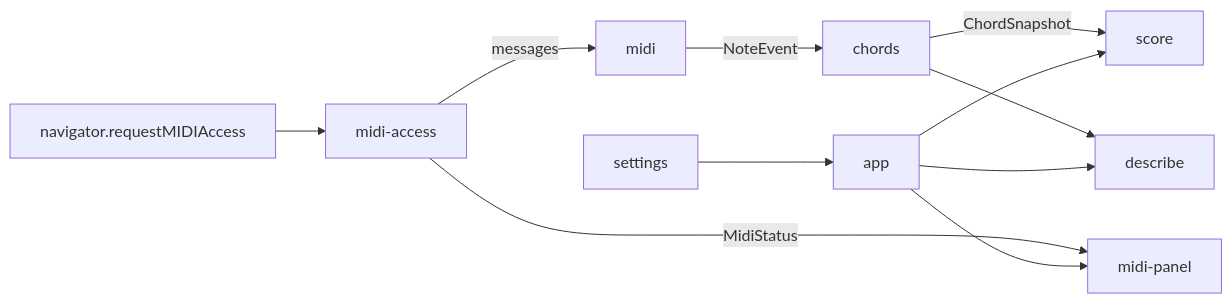
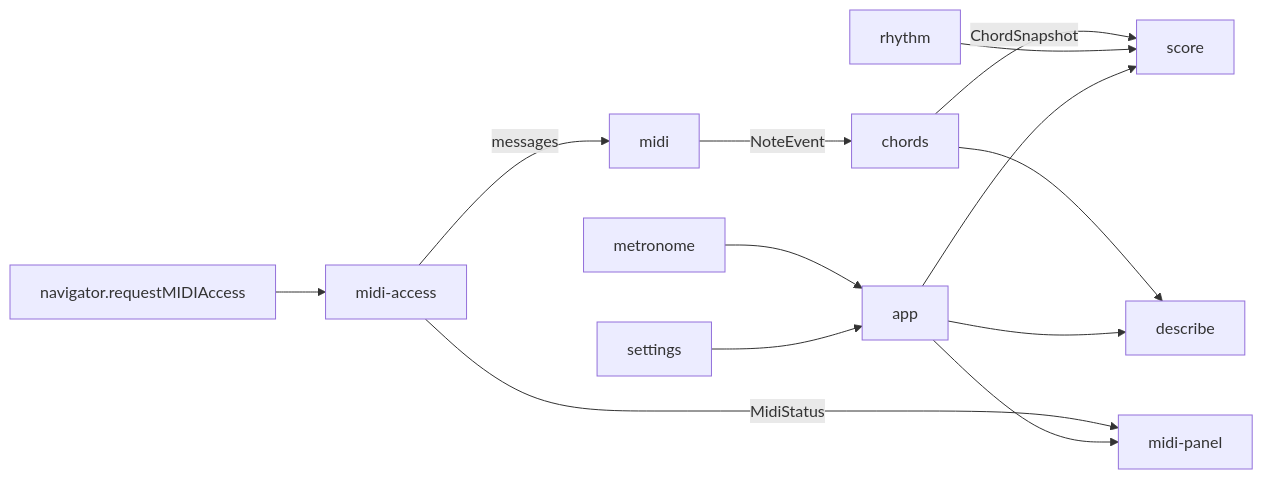
Before and after one commit to neolao/piano-midi-visualizer: the diagram in docs/architecture.md, drawn with Mermaid. The commit also changed other lines of this file and 29 other files, not shown here.

````diff
--- a/docs/architecture.md
+++ b/docs/architecture.md
@@ -21,13 +23,15 @@
 ```mermaid
 flowchart LR
   Navigateur[navigator.requestMIDIAccess] --> Acces[midi-access]
   Acces -- messages --> Decodage[midi]
   Decodage -- NoteEvent --> Accords[chords]
   Acces -- MidiStatus --> Panneau[midi-panel]
   Accords -- ChordSnapshot --> Partition[score]
   Accords --> Description[describe]
+  Rythme[rhythm] --> Partition
+  Metronome[metronome] --> App
   Reglages[settings] --> App[app]
   App --> Panneau
   App --> Partition
   App --> Description
 ```
````
